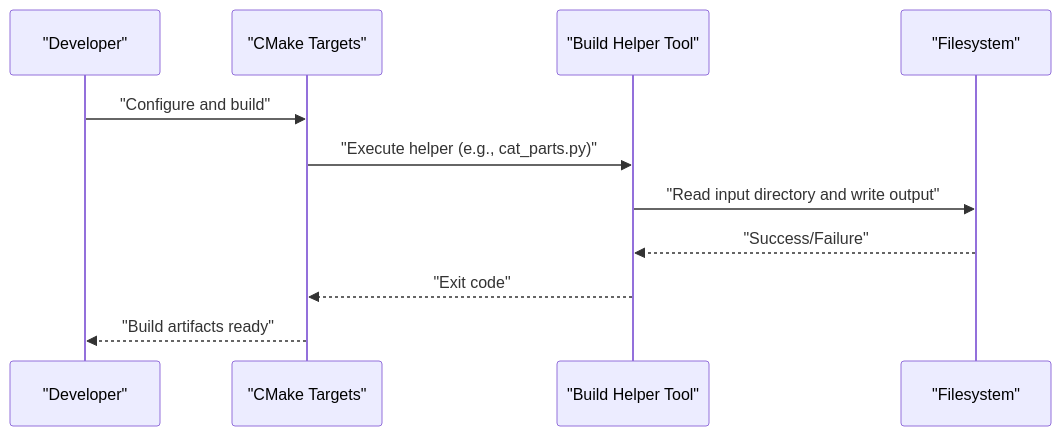
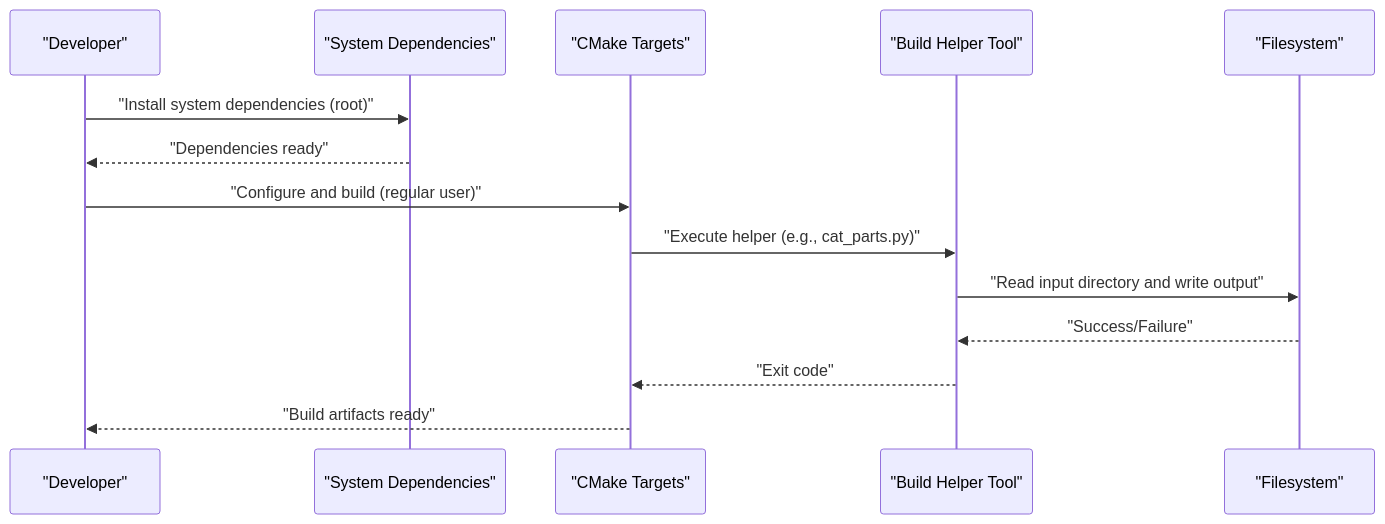
Before and after one commit to VIZ-Blockchain/viz-cpp-node: the second of 12 diagrams in .qoder/repowiki/en/content/Development Tools/Build System/Build Helper Tools/Build Helper Tools.md, drawn with Mermaid. The commit also changed other lines of this file and 6 other files, not shown here.

````diff
--- a/.qoder/repowiki/en/content/Development Tools/Build System/Build Helper Tools/Build Helper Tools.md
+++ b/.qoder/repowiki/en/content/Development Tools/Build System/Build Helper Tools/Build Helper Tools.md
@@ -106,13 +130,16 @@
 ```mermaid
 sequenceDiagram
 participant Dev as "Developer"
+participant Dep as "System Dependencies"
 participant CMake as "CMake Targets"
 participant Tool as "Build Helper Tool"
 participant FS as "Filesystem"
-Dev->>CMake : "Configure and build"
+Dev->>Dep : "Install system dependencies (root)"
+Dep-->>Dev : "Dependencies ready"
+Dev->>CMake : "Configure and build (regular user)"
 CMake->>Tool : "Execute helper (e.g., cat_parts.py)"
 Tool->>FS : "Read input directory and write output"
 FS-->>Tool : "Success/Failure"
 Tool-->>CMake : "Exit code"
 CMake-->>Dev : "Build artifacts ready"
 ```
````
